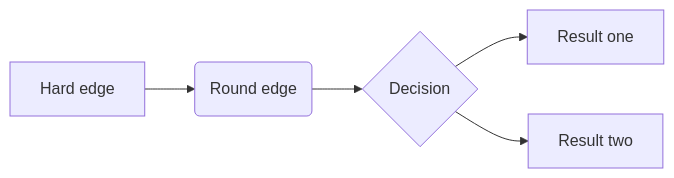
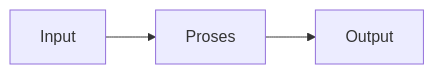
The diagram in LEFO Market Research/LEFO MR 2025/Q1 Image/materi/Materi.qmd (ikanx101/Live-Session-Nutrifood-R), drawn with Mermaid before and after one commit. The commit also changed other lines of this file, not shown here.

````diff
--- a/LEFO Market Research/LEFO MR 2025/Q1 Image/materi/Materi.qmd
+++ b/LEFO Market Research/LEFO MR 2025/Q1 Image/materi/Materi.qmd
@@ -79,7 +81,6 @@
 ```{mermaid}
+%%| fig-width: 6.5
 flowchart LR
-  A[Hard edge] --> B(Round edge)
-  B --> C{Decision}
-  C --> D[Result one]
-  C --> E[Result two]
+  A[Input] --> B[Proses]
+  B --> C[Output]
 ```
````
